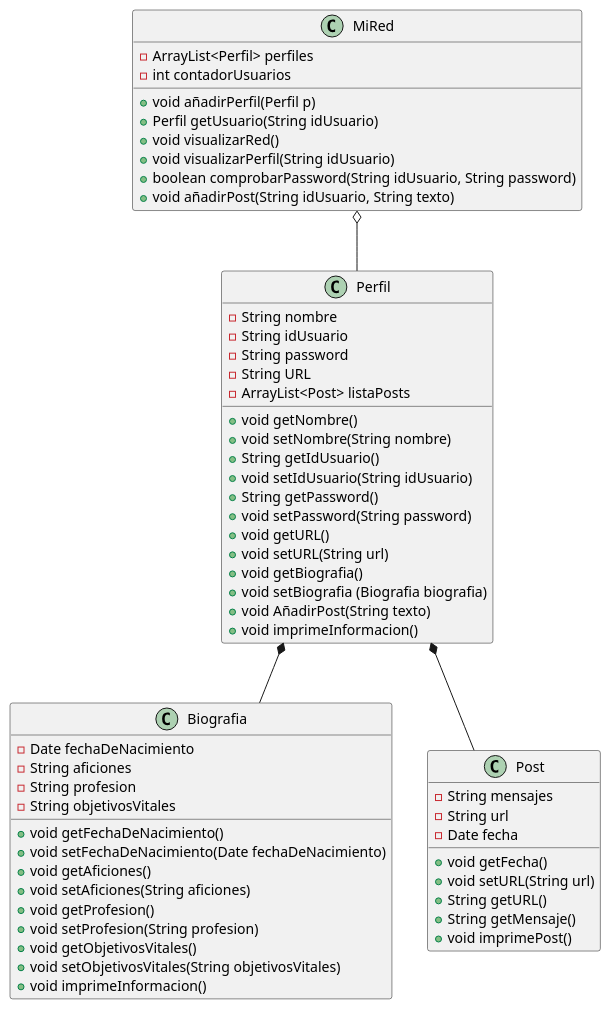
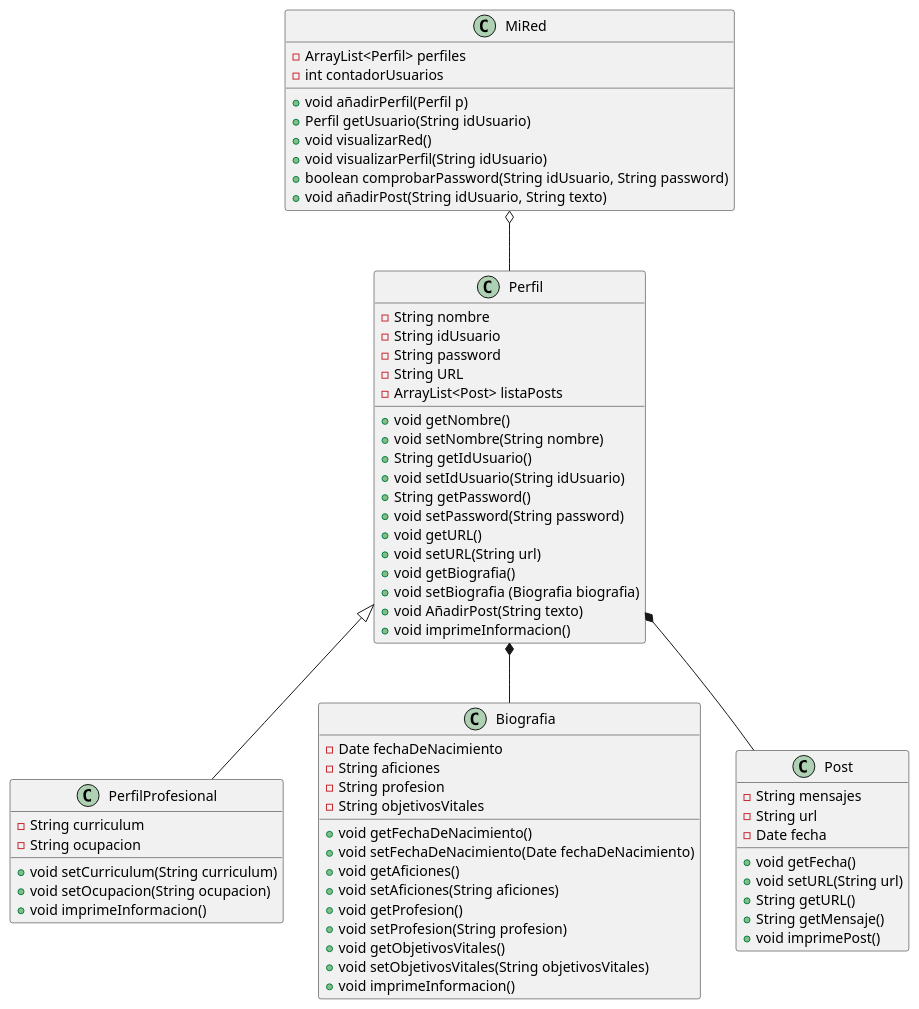
Before and after one commit to Oscarpuche/practica_fundamentosinformatica: the diagram in DIAGRAMAS CLASE/DiagramaEtapa3.puml, drawn with PlantUML.

Commit message:
Update class diagram to include PerfilProfesional

```diff
--- a/DIAGRAMAS CLASE/DiagramaEtapa3.puml
+++ b/DIAGRAMAS CLASE/DiagramaEtapa3.puml
@@ -1,67 +1,81 @@
-@startuml Etapa1
+@startuml Etapa3
 class Perfil {
     - String nombre
     - String idUsuario
     - String password
     - String URL
     - ArrayList<Post> listaPosts
 
     + void getNombre()
     + void setNombre(String nombre)
     + String getIdUsuario()
     + void setIdUsuario(String idUsuario)
     + String getPassword()
     + void setPassword(String password)
     + void getURL()
     + void setURL(String url)
     + void getBiografia()
     + void setBiografia (Biografia biografia)
     + void AñadirPost(String texto)
+    + void imprimeInformacion()
+}
+
+class PerfilProfesional {
+    - String curriculum
+    - String ocupacion
+
+    + void setCurriculum(String curriculum)
+    + void setOcupacion(String ocupacion)
     + void imprimeInformacion()
 }
 
 class Biografia {
     - Date fechaDeNacimiento
     - String aficiones
     - String profesion
     - String objetivosVitales
 
     + void getFechaDeNacimiento()
     + void setFechaDeNacimiento(Date fechaDeNacimiento)
     + void getAficiones()
     + void setAficiones(String aficiones)
     + void getProfesion()
     + void setProfesion(String profesion)
     + void getObjetivosVitales()
     + void setObjetivosVitales(String objetivosVitales)
     + void imprimeInformacion()
 }
 
 class Post {
     - String mensajes
     - String url
     - Date fecha
 
     + void getFecha()
     + void setURL(String url)
     + String getURL()
     + String getMensaje()
     + void imprimePost()
 }
 
 class MiRed{
     - ArrayList<Perfil> perfiles
     - int contadorUsuarios
 
     + void añadirPerfil(Perfil p)
     + Perfil getUsuario(String idUsuario)
     + void visualizarRed()
     + void visualizarPerfil(String idUsuario)
     + boolean comprobarPassword(String idUsuario, String password)
     + void añadirPost(String idUsuario, String texto)
 }
-MiRed o-- Perfil
-Perfil *-- Biografia
-Perfil *-- Post
+
+' Relación de Herencia (Novedad Etapa 3)
+Perfil <|-- PerfilProfesional 
+
+' Relaciones de las Etapas 1 y 2
+MiRed o-- Perfil 
+Perfil *-- Biografia 
+Perfil *-- Post 
 
 @enduml
```
